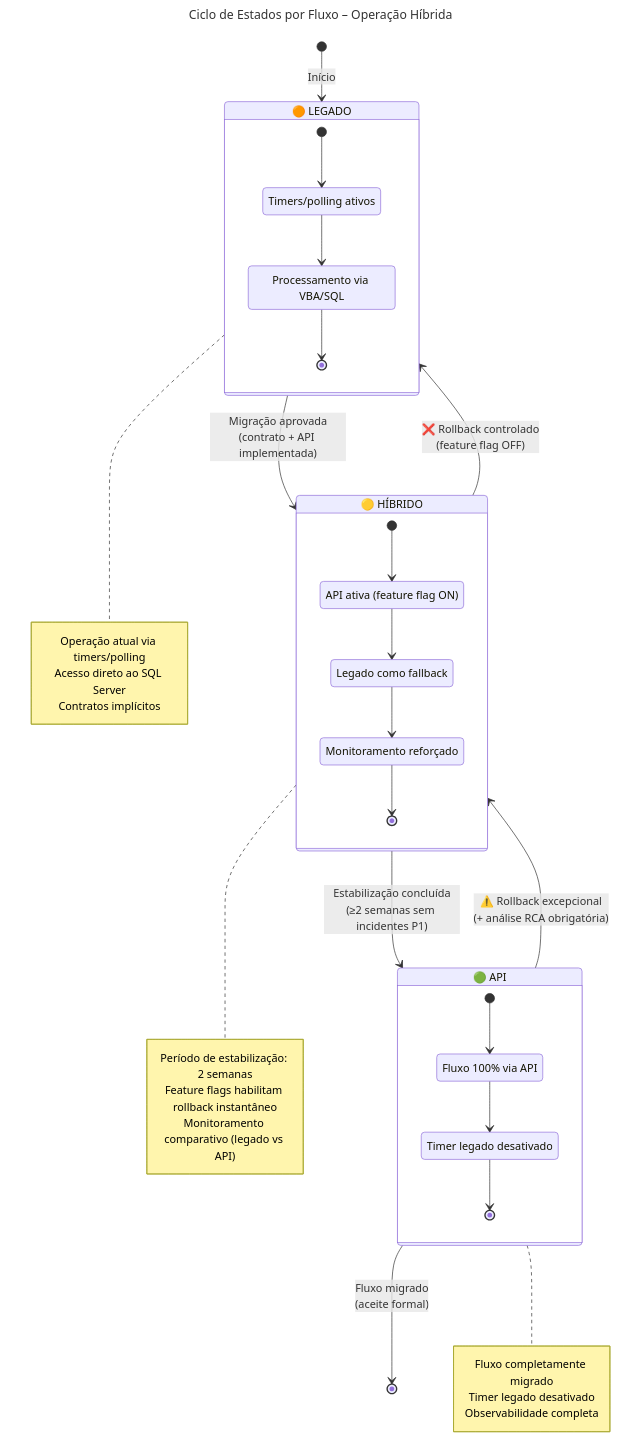
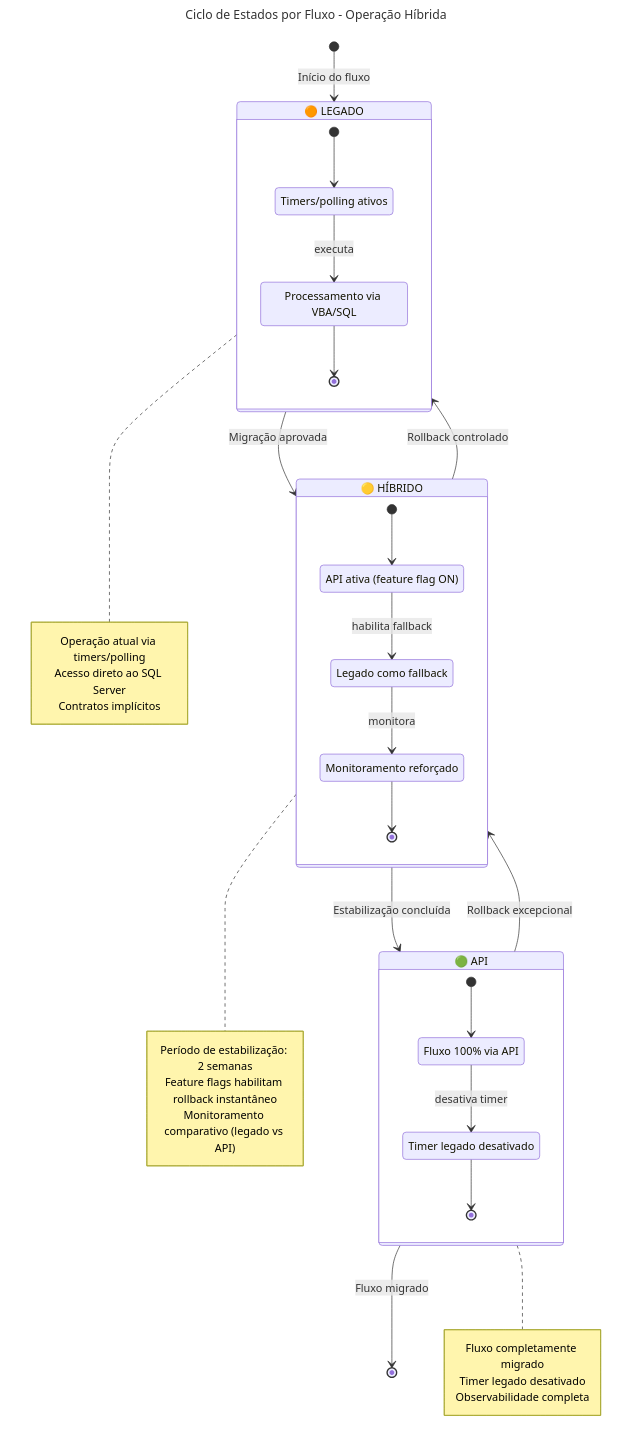
Before and after one commit to Evilazaro/Azure-LogicApps-Monitoring: the fifth of 14 diagrams in docs/planoProjetoModernizacao.md, drawn with Mermaid. The commit also changed other lines of this file, not shown here.

Commit message:
docs: Refine mermaid diagrams in project plan for improved clarity, consistency, and styling

````diff
--- a/docs/planoProjetoModernizacao.md
+++ b/docs/planoProjetoModernizacao.md
@@ -925,81 +842,66 @@
 ```mermaid
 ---
-title: "Ciclo de Estados por Fluxo – Operação Híbrida"
+title: Ciclo de Estados por Fluxo - Operação Híbrida
 ---
 stateDiagram-v2
-    %% ═══════════════════════════════════════════════════════════════
-    %% DIAGRAMA DE ESTADOS: Ciclo de migração por fluxo
-    %% PROPÓSITO: Documentar os estados de cada fluxo durante a
-    %%            migração e as transições permitidas entre eles
-    %% PADRÃO: Strangler Pattern (migração incremental)
-    %% ═══════════════════════════════════════════════════════════════
+    %% ===== DIAGRAMA DE ESTADOS: Ciclo de migração por fluxo =====
 
-    %% ───────────────────────────────────────────────────────────────
-    %% DEFINIÇÃO DOS ESTADOS
-    %% ───────────────────────────────────────────────────────────────
-    [*] --> Legado: Início
+    %% ===== DEFINIÇÃO DOS ESTADOS =====
+    [*] --> Legado: Início do fluxo
 
     state "🟠 LEGADO" as Legado {
         [*] --> timer_ativo
         timer_ativo: Timers/polling ativos
-        timer_ativo --> processando
+        timer_ativo --> processando: executa
         processando: Processamento via VBA/SQL
         processando --> [*]
     }
 
     state "🟡 HÍBRIDO" as Hibrido {
         [*] --> api_ativa
         api_ativa: API ativa (feature flag ON)
-        api_ativa --> fallback_disponivel
+        api_ativa --> fallback_disponivel: habilita fallback
         fallback_disponivel: Legado como fallback
-        fallback_disponivel --> monitoramento
+        fallback_disponivel --> monitoramento: monitora
         monitoramento: Monitoramento reforçado
         monitoramento --> [*]
     }
 
     state "🟢 API" as API {
         [*] --> api_exclusiva
         api_exclusiva: Fluxo 100% via API
-        api_exclusiva --> timer_desativado
+        api_exclusiva --> timer_desativado: desativa timer
         timer_desativado: Timer legado desativado
         timer_desativado --> [*]
     }
 
-    %% ───────────────────────────────────────────────────────────────
-    %% TRANSIÇÕES DE AVANÇO (caminho feliz)
-    %% ───────────────────────────────────────────────────────────────
-    Legado --> Hibrido: Migração aprovada<br>(contrato + API implementada)
-    Hibrido --> API: Estabilização concluída<br>(≥2 semanas sem incidentes P1)
+    %% ===== TRANSIÇÕES DE AVANÇO =====
+    Legado --> Hibrido: Migração aprovada
+    Hibrido --> API: Estabilização concluída
 
-    %% ───────────────────────────────────────────────────────────────
-    %% TRANSIÇÕES DE ROLLBACK (caminho de contingência)
-    %% ───────────────────────────────────────────────────────────────
-    Hibrido --> Legado: ❌ Rollback controlado<br>(feature flag OFF)
-    API --> Hibrido: ⚠️ Rollback excepcional<br>(+ análise RCA obrigatória)
+    %% ===== TRANSIÇÕES DE ROLLBACK =====
+    Hibrido --> Legado: Rollback controlado
+    API --> Hibrido: Rollback excepcional
 
-    %% ───────────────────────────────────────────────────────────────
-    %% ESTADO FINAL (migração completa)
-    %% ───────────────────────────────────────────────────────────────
-    API --> [*]: Fluxo migrado<br>(aceite formal)
+    %% ===== ESTADO FINAL =====
+    API --> [*]: Fluxo migrado
 
-    %% ───────────────────────────────────────────────────────────────
-    %% NOTAS EXPLICATIVAS
-    %% ───────────────────────────────────────────────────────────────
+    %% ===== NOTAS EXPLICATIVAS =====
     note right of Legado
         Operação atual via timers/polling
         Acesso direto ao SQL Server
         Contratos implícitos
     end note
 
     note right of Hibrido
         Período de estabilização: 2 semanas
         Feature flags habilitam rollback instantâneo
         Monitoramento comparativo (legado vs API)
     end note
 
     note right of API
         Fluxo completamente migrado
         Timer legado desativado
         Observabilidade completa
     end note
 ```
````
